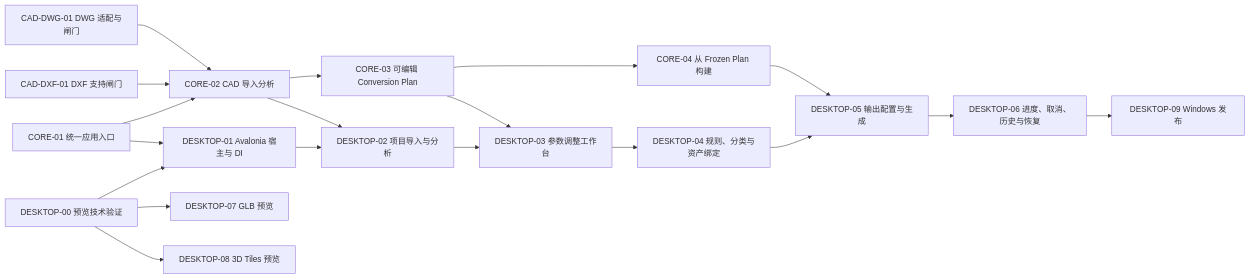
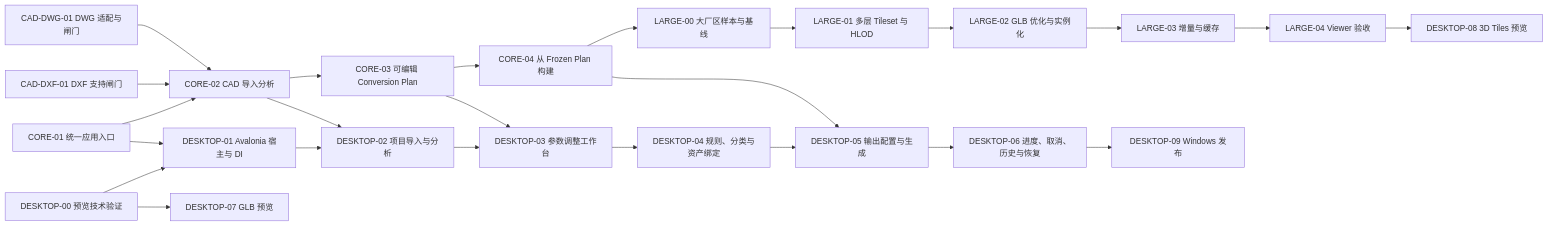
Before and after one commit to mrricardo16/scene-builder: the diagram in docs/scene-builder-avalonia-desktop-roadmap.md, drawn with Mermaid. The commit also changed other lines of this file and 20 other files, not shown here.

````diff
--- a/docs/scene-builder-avalonia-desktop-roadmap.md
+++ b/docs/scene-builder-avalonia-desktop-roadmap.md
@@ -11,21 +11,26 @@
 ```mermaid
 flowchart LR
   C1["CORE-01 统一应用入口"] --> C2["CORE-02 CAD 导入分析"]
   C2 --> C3["CORE-03 可编辑 Conversion Plan"]
   C3 --> C4["CORE-04 从 Frozen Plan 构建"]
   DXF["CAD-DXF-01 DXF 支持闸门"] --> C2
   DWG["CAD-DWG-01 DWG 适配与闸门"] --> C2
   POC["DESKTOP-00 预览技术验证"] --> D1["DESKTOP-01 Avalonia 宿主与 DI"]
   C1 --> D1
   D1 --> D2["DESKTOP-02 项目导入与分析"]
   C2 --> D2
   D2 --> D3["DESKTOP-03 参数调整工作台"]
   C3 --> D3
   D3 --> D4["DESKTOP-04 规则、分类与资产绑定"]
   D4 --> D5["DESKTOP-05 输出配置与生成"]
   C4 --> D5
   D5 --> D6["DESKTOP-06 进度、取消、历史与恢复"]
+  C4 --> L0["LARGE-00 大厂区样本与基线"]
+  L0 --> L1["LARGE-01 多层 Tileset 与 HLOD"]
+  L1 --> L2["LARGE-02 GLB 优化与实例化"]
+  L2 --> L3["LARGE-03 增量与缓存"]
+  L3 --> L4["LARGE-04 Viewer 验收"]
   POC --> D7["DESKTOP-07 GLB 预览"]
-  POC --> D8["DESKTOP-08 3D Tiles 预览"]
+  L4 --> D8["DESKTOP-08 3D Tiles 预览"]
   D6 --> D9["DESKTOP-09 Windows 发布"]
 ```
````
